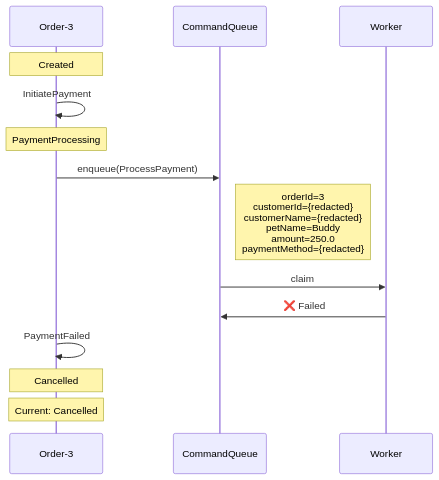
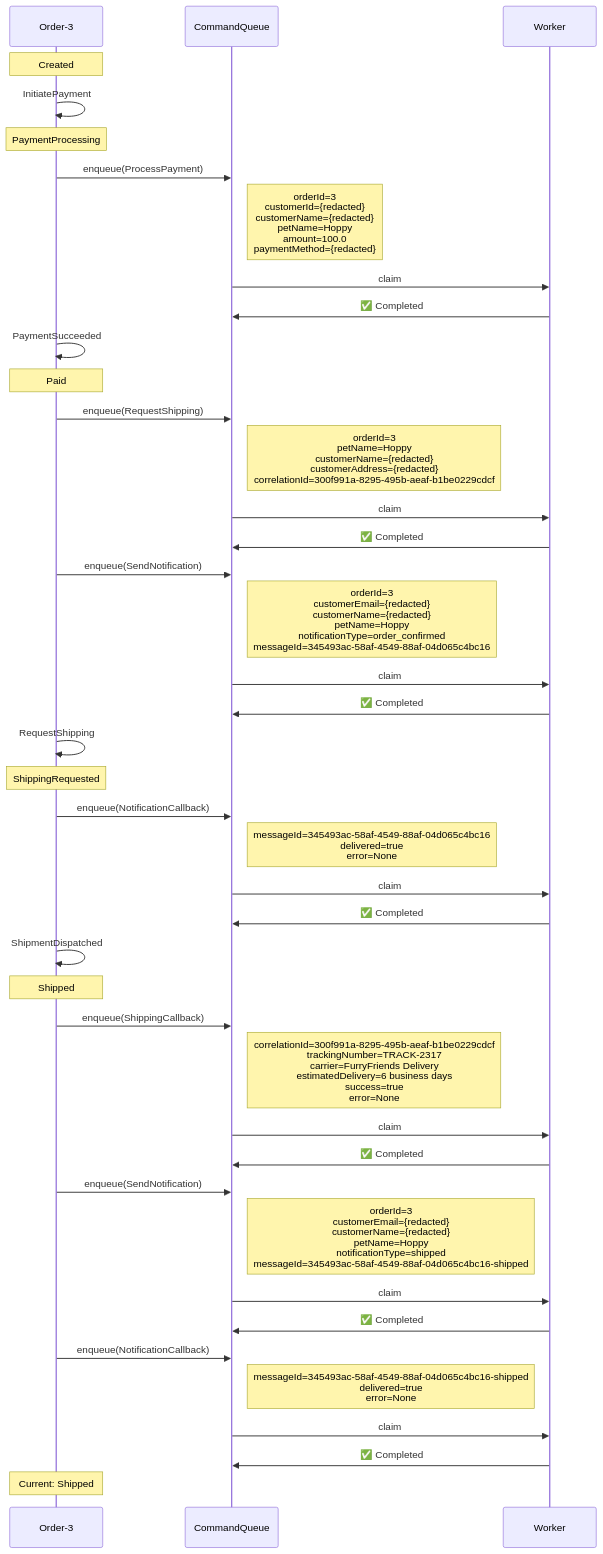
The first of 3 diagrams in docs/visualizations/order-3-trace.md (Iterable/mechanoid), drawn with Mermaid before and after one commit. The commit also changed other lines of this file and 6 other files, not shown here.

````diff
--- a/docs/visualizations/order-3-trace.md
+++ b/docs/visualizations/order-3-trace.md
@@ -11,18 +11,46 @@
 ```mermaid
 %%{init: {'themeCSS': '.noteText { text-align: left !important; }'}}%%
 sequenceDiagram
     participant FSM as Order-3
     participant CQ as CommandQueue
     participant W as Worker
 
     Note over FSM: Created
     FSM->>FSM: InitiatePayment
     Note over FSM: PaymentProcessing
     FSM->>CQ: enqueue(ProcessPayment)
-    Note right of CQ: orderId=3<br/>customerId={redacted}<br/>customerName={redacted}<br/>petName=Buddy<br/>amount=250.0<br/>paymentMethod={redacted}
+    Note right of CQ: orderId=3<br/>customerId={redacted}<br/>customerName={redacted}<br/>petName=Hoppy<br/>amount=100.0<br/>paymentMethod={redacted}
     CQ->>W: claim
-    W->>CQ: ❌ Failed
-    FSM->>FSM: PaymentFailed
-    Note over FSM: Cancelled
-    Note over FSM: Current: Cancelled
+    W->>CQ: ✅ Completed
+    FSM->>FSM: PaymentSucceeded
+    Note over FSM: Paid
+    FSM->>CQ: enqueue(RequestShipping)
+    Note right of CQ: orderId=3<br/>petName=Hoppy<br/>customerName={redacted}<br/>customerAddress={redacted}<br/>correlationId=300f991a-8295-495b-aeaf-b1be0229cdcf
+    CQ->>W: claim
+    W->>CQ: ✅ Completed
+    FSM->>CQ: enqueue(SendNotification)
+    Note right of CQ: orderId=3<br/>customerEmail={redacted}<br/>customerName={redacted}<br/>petName=Hoppy<br/>notificationType=order_confirmed<br/>messageId=345493ac-58af-4549-88af-04d065c4bc16
+    CQ->>W: claim
+    W->>CQ: ✅ Completed
+    FSM->>FSM: RequestShipping
+    Note over FSM: ShippingRequested
+    FSM->>CQ: enqueue(NotificationCallback)
+    Note right of CQ: messageId=345493ac-58af-4549-88af-04d065c4bc16<br/>delivered=true<br/>error=None
+    CQ->>W: claim
+    W->>CQ: ✅ Completed
+    FSM->>FSM: ShipmentDispatched
+    Note over FSM: Shipped
+    FSM->>CQ: enqueue(ShippingCallback)
+    Note right of CQ: correlationId=300f991a-8295-495b-aeaf-b1be0229cdcf<br/>trackingNumber=TRACK-2317<br/>carrier=FurryFriends Delivery<br/>estimatedDelivery=6 business days<br/>success=true<br/>error=None
+    CQ->>W: claim
+    W->>CQ: ✅ Completed
+    FSM->>CQ: enqueue(SendNotification)
+    Note right of CQ: orderId=3<br/>customerEmail={redacted}<br/>customerName={redacted}<br/>petName=Hoppy<br/>notificationType=shipped<br/>messageId=345493ac-58af-4549-88af-04d065c4bc16-shipped
+    CQ->>W: claim
+    W->>CQ: ✅ Completed
+    FSM->>CQ: enqueue(NotificationCallback)
+    Note right of CQ: messageId=345493ac-58af-4549-88af-04d065c4bc16-shipped<br/>delivered=true<br/>error=None
+    CQ->>W: claim
+    W->>CQ: ✅ Completed
+    Note over FSM: Current: Shipped
 ```
````
